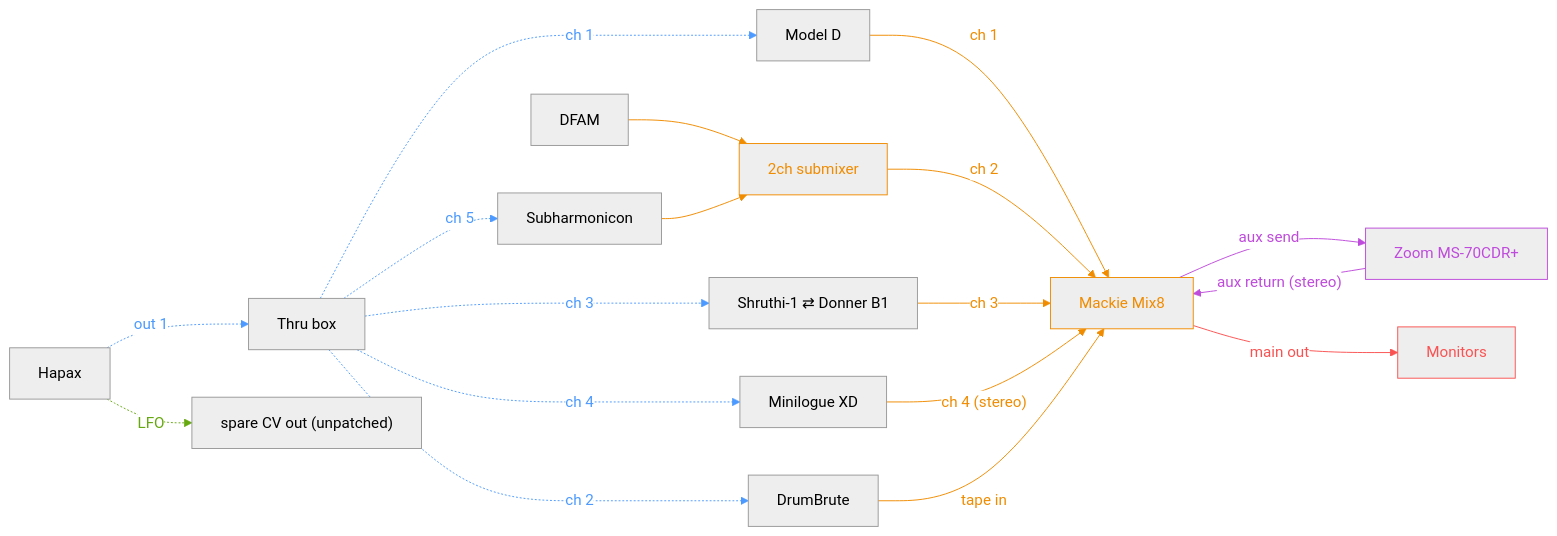
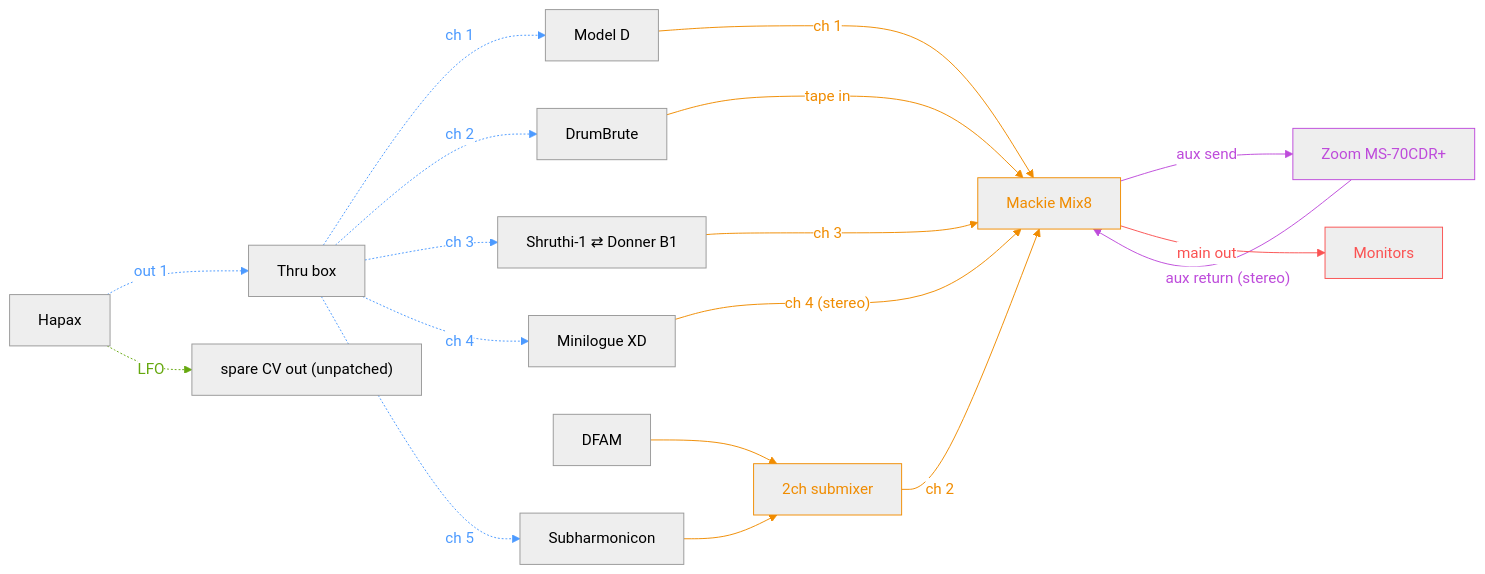
Before and after one commit to saponace/synth-setup: the diagram in README.md, drawn with Mermaid. The commit also changed other lines of this file, not shown here.

Commit message:
Fix column alignment: pin direct-to-mixer synths with invisible padding
The four synths that go straight to Mackie Mix8 were drifting one
column later than DFAM/Subharmonicon, because dagre's layout was
shortening their edges to compensate for Mackie being pulled out by
the longer DFAM/Subharmonicon -> submixer -> Mackie chain. An invisible
padding node forces them to keep the same "distance" to Mackie as the
submixer path, so all six synths now land in one column, with the
submixer immediately adjacent to Mackie.

Also documents that the spare LFO CV out doesn't need its own Hapax
track (automation lanes can target any CV output regardless of the
host track's type).

````diff
--- a/README.md
+++ b/README.md
@@ -1,62 +1,74 @@
 ```mermaid
 ---
 config:
   theme: neutral
 ---
 flowchart LR
     %% ----- One color per connection group -----
     classDef midi stroke:#4c9aff,color:#4c9aff
     classDef cv stroke:#66a80f,color:#66a80f
     classDef mixer stroke:#f08c00,color:#f08c00
     classDef fx stroke:#be4bdb,color:#be4bdb
     classDef monitoring stroke:#fa5252,color:#fa5252
 
     %% ===== Sequencer brain =====
     HAPAX["Hapax"]
     SPLIT["Thru box"]
     SPARECV["spare CV out (unpatched)"]
 
     %% ===== Synths =====
     MODELD["Model D"]
     SWAP["Shruthi-1 ⇄ Donner B1"]
     XD["Minilogue XD"]
     DBI["DrumBrute"]
     DFAM["DFAM"]
     SUBH["Subharmonicon"]
 
     %% ===== Mixer / send  =====
     SUBMIX["2ch submixer"]:::mixer
     MIX["Mackie Mix8"]:::mixer
     ZOOM["Zoom MS-70CDR+"]:::fx
     MON["Monitors"]:::monitoring
 
+    %% invisible alignment aid: keeps the direct-to-mixer synths from
+    %% drifting a column later than DFAM/Subharmonicon (whose longer
+    %% path via the submixer otherwise pulls Mackie Mix8 further out)
+    PAD[" "]
+    style PAD fill:none,stroke:none
+
     %% ----- MIDI links -----
     HAPAX midi0@-. "out 1" .-> SPLIT
     SPLIT midi1@-. "ch 1" .-> MODELD
     SPLIT midi2@-. "ch 2" .-> DBI
     SPLIT midi3@-. "ch 3" .-> SWAP
     SPLIT midi4@-. "ch 4" .-> XD
     SPLIT midi5@-. "ch 5" .-> SUBH
     class midi0,midi1,midi2,midi3,midi4,midi5 midi
 
     %% ----- CV links (pitch/mod) -----
     HAPAX cv1@-. "LFO" .-> SPARECV
     class cv1 cv
 
     %% ----- Audio links -----
     DFAM audio1@--> SUBMIX
     SUBH audio2@--> SUBMIX
     MODELD audio3@-- "ch 1" --> MIX
     SUBMIX audio4@-- "ch 2" --> MIX
     SWAP audio5@-- "ch 3" --> MIX
     XD audio6@-- "ch 4 (stereo)" --> MIX
     DBI audio7@-- "tape in" --> MIX
     class audio1,audio2,audio3,audio4,audio5,audio6,audio7 mixer
 
+    MODELD ~~~ PAD
+    SWAP ~~~ PAD
+    XD ~~~ PAD
+    DBI ~~~ PAD
+    PAD ~~~ MIX
+
     MIX fxSend@-- "aux send" --> ZOOM
     ZOOM fxReturn@-- "aux return (stereo)" --> MIX
     class fxSend,fxReturn fx
 
     MIX out@-- "main out" --> MON
     class out monitoring
 ```
````
